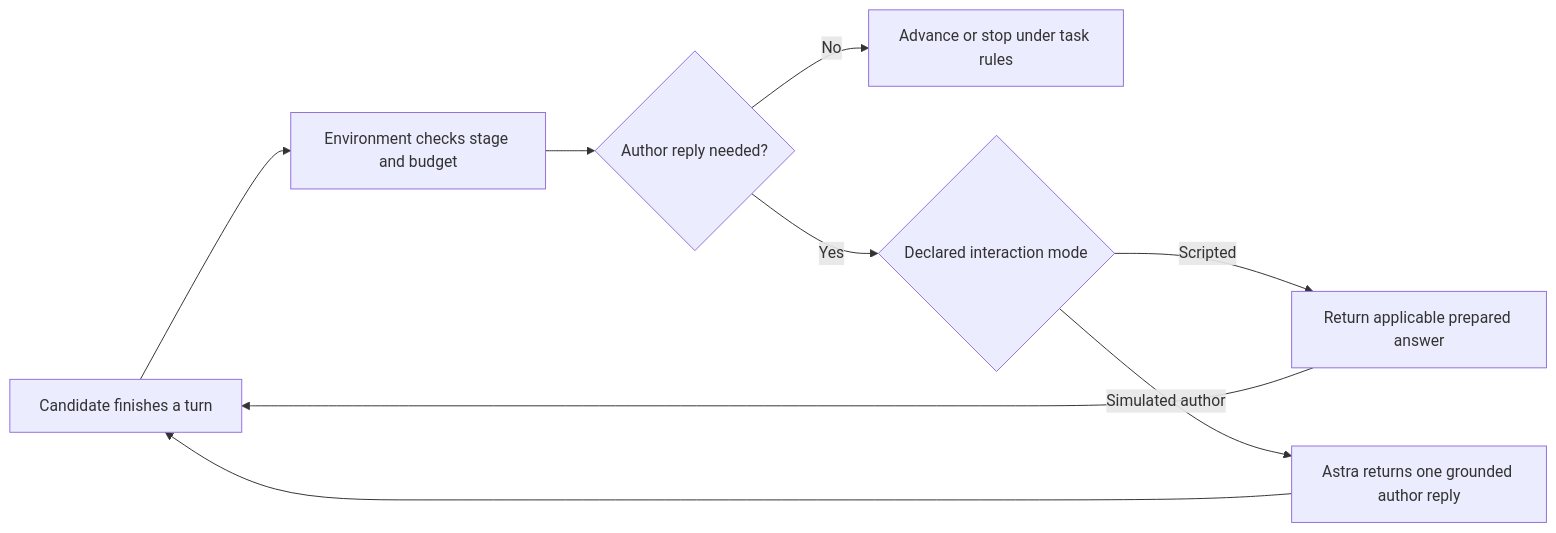
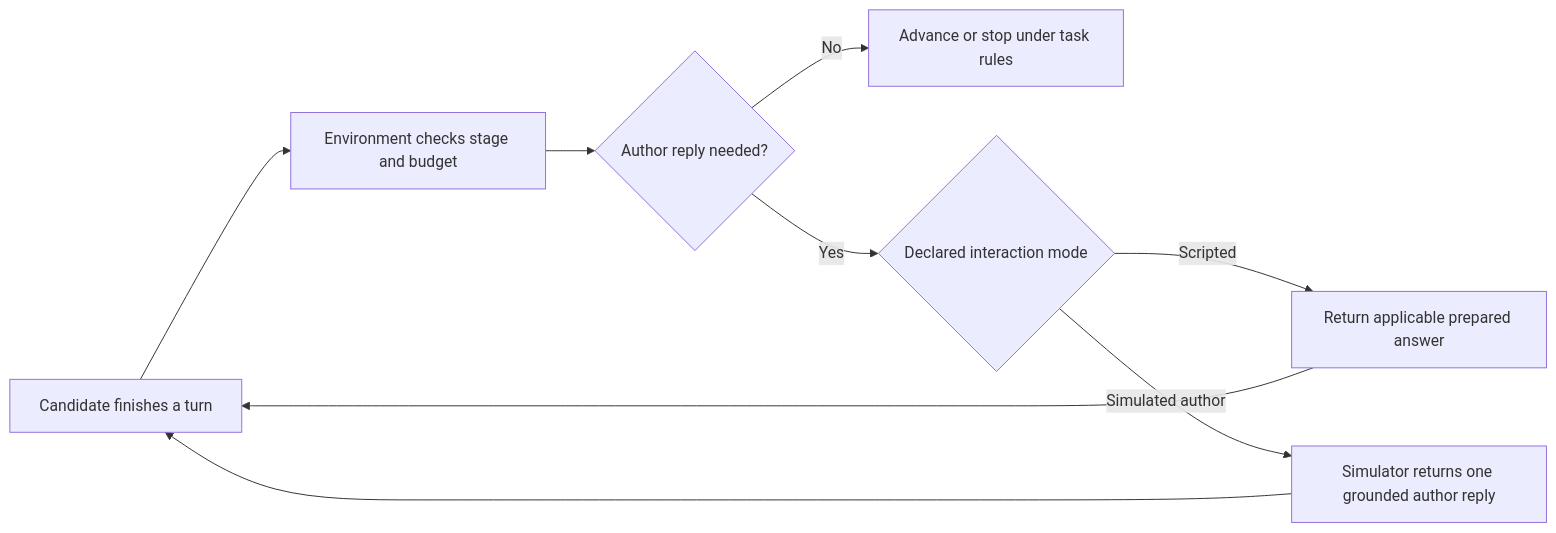
Before and after one commit to haowjy/writing-assistant: the diagram in work/sft/simulated-author.md, drawn with Mermaid. The commit also changed other lines of this file and 4 other files, not shown here.

Commit message:
Design checkpointed task-graph environment

````diff
--- a/work/sft/simulated-author.md
+++ b/work/sft/simulated-author.md
@@ -22,11 +26,11 @@
 ```mermaid
 flowchart LR
     A["Candidate finishes a turn"] --> B["Environment checks stage and budget"]
     B --> C{"Author reply needed?"}
     C -- "No" --> D["Advance or stop under task rules"]
     C -- "Yes" --> E{"Declared interaction mode"}
     E -- "Scripted" --> F["Return applicable prepared answer"]
-    E -- "Simulated author" --> G["Astra returns one grounded author reply"]
+    E -- "Simulated author" --> G["Simulator returns one grounded author reply"]
     F --> A
     G --> A
 ```
````
